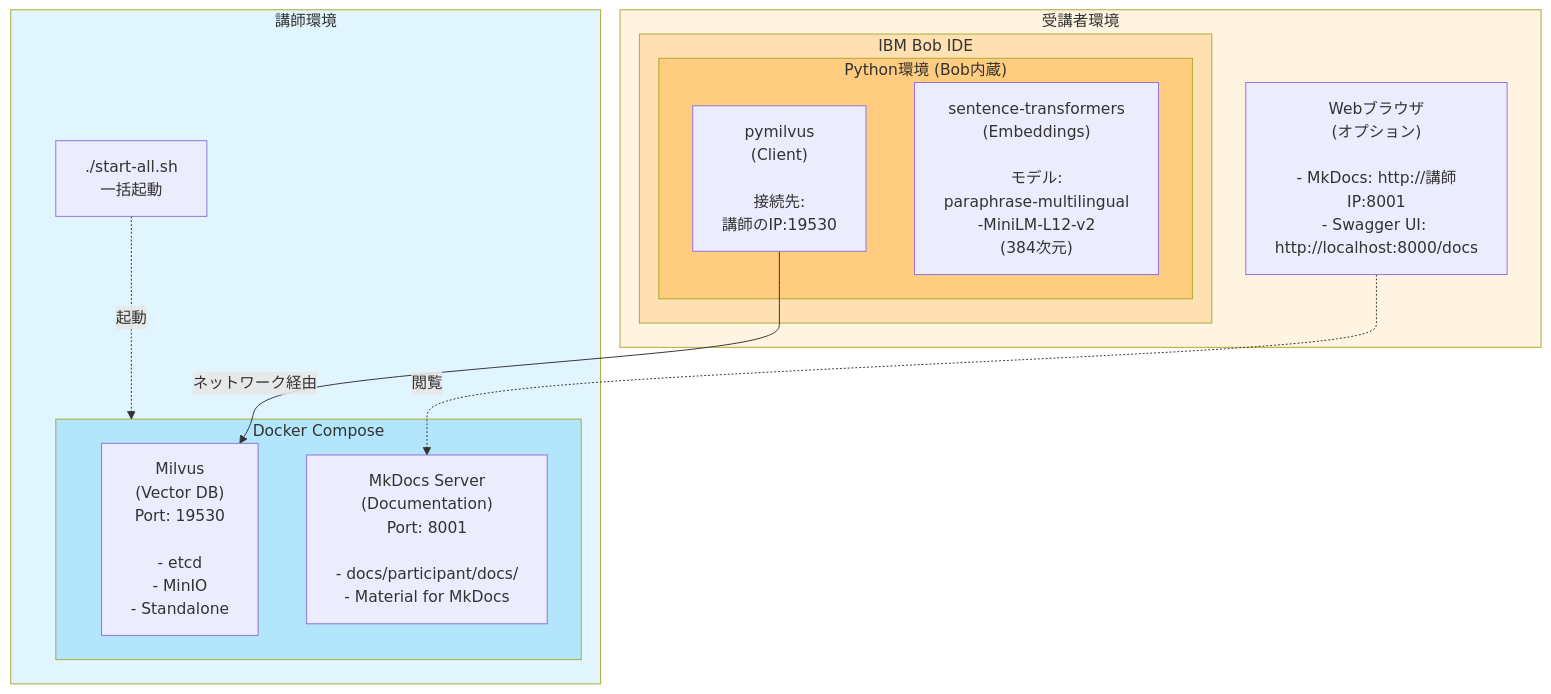
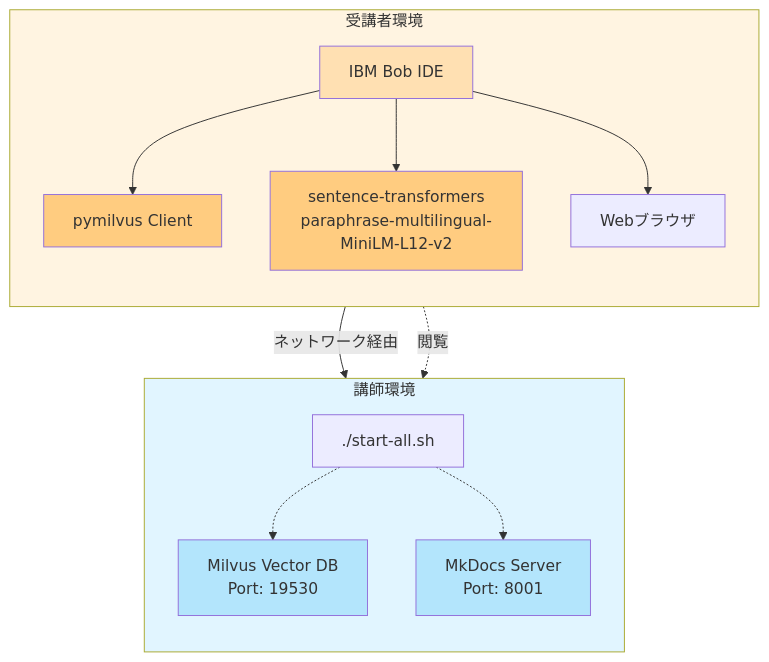
Before and after one commit to mukoubuchi/vector-search-hands-on: the first of 2 diagrams in README.md, drawn with Mermaid.

Commit message:
Fix Mermaid syntax error in architecture diagram
- ネストされたsubgraphを削除してフラットな構造に
- direction TBを追加して縦方向のレイアウトを明示
- 過度な改行タグを削減してシンプルに
- 色分けは維持

````diff
--- a/README.md
+++ b/README.md
@@ -21,30 +21,34 @@
 ```mermaid
 graph TB
-    subgraph instructor["講師環境"]
-        subgraph docker["Docker Compose"]
-            milvus["Milvus<br/>(Vector DB)<br/>Port: 19530<br/><br/>- etcd<br/>- MinIO<br/>- Standalone"]
-            mkdocs["MkDocs Server<br/>(Documentation)<br/>Port: 8001<br/><br/>- docs/participant/docs/<br/>- Material for MkDocs"]
-        end
-        script["./start-all.sh<br/>一括起動"]
+    subgraph instructor[講師環境]
+        direction TB
+        milvus[Milvus Vector DB<br/>Port: 19530]
+        mkdocs[MkDocs Server<br/>Port: 8001]
+        script[./start-all.sh]
+        script -.-> milvus
+        script -.-> mkdocs
     end
     
-    subgraph participant["受講者環境"]
-        subgraph bob["IBM Bob IDE"]
-            subgraph python["Python環境 (Bob内蔵)"]
-                pymilvus["pymilvus<br/>(Client)<br/><br/>接続先:<br/>講師のIP:19530"]
-                transformers["sentence-transformers<br/>(Embeddings)<br/><br/>モデル:<br/>paraphrase-multilingual<br/>-MiniLM-L12-v2<br/>(384次元)"]
-            end
-        end
-        browser["Webブラウザ<br/>(オプション)<br/><br/>- MkDocs: http://講師IP:8001<br/>- Swagger UI: http://localhost:8000/docs"]
+    subgraph participant[受講者環境]
+        direction TB
+        bob[IBM Bob IDE]
+        pymilvus[pymilvus Client]
+        transformers[sentence-transformers<br/>paraphrase-multilingual-MiniLM-L12-v2]
+        browser[Webブラウザ]
+        
+        bob --> pymilvus
+        bob --> transformers
+        bob --> browser
     end
     
-    script -.->|起動| docker
     pymilvus -->|ネットワーク経由| milvus
     browser -.->|閲覧| mkdocs
     
     style instructor fill:#e1f5ff
     style participant fill:#fff4e1
-    style docker fill:#b3e5fc
+    style milvus fill:#b3e5fc
+    style mkdocs fill:#b3e5fc
     style bob fill:#ffe0b2
-    style python fill:#ffcc80
+    style pymilvus fill:#ffcc80
+    style transformers fill:#ffcc80
 ```
````
